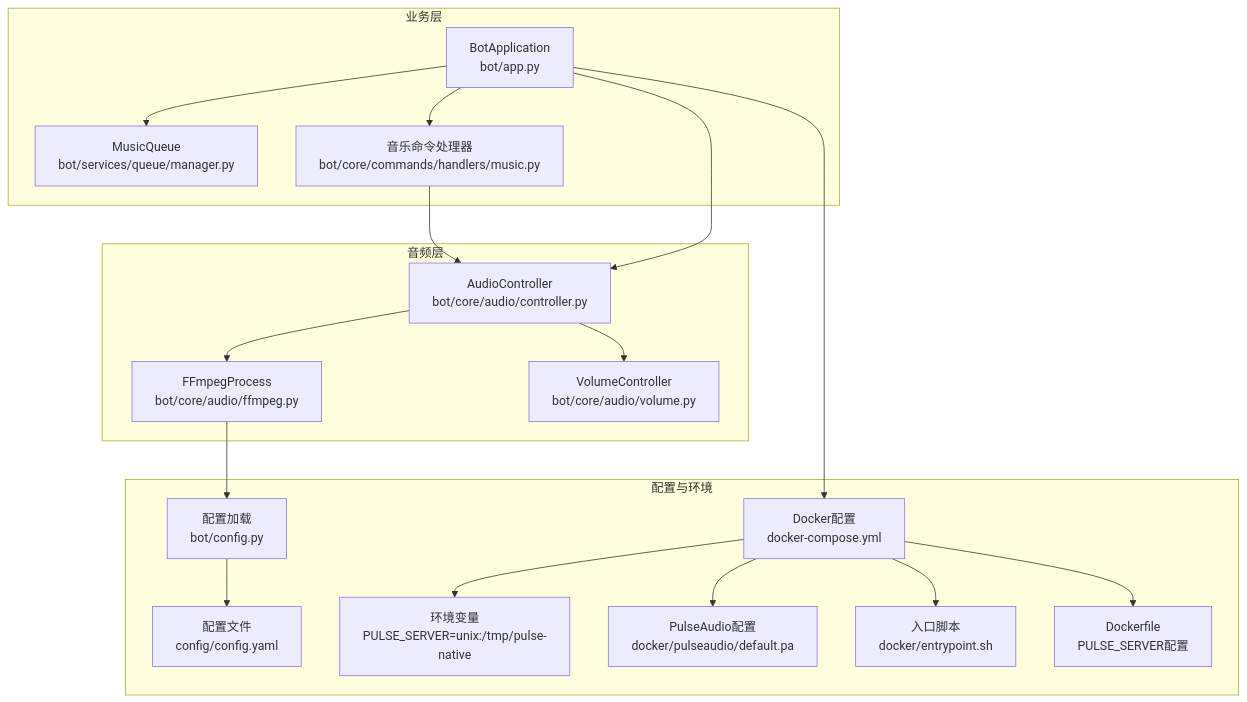
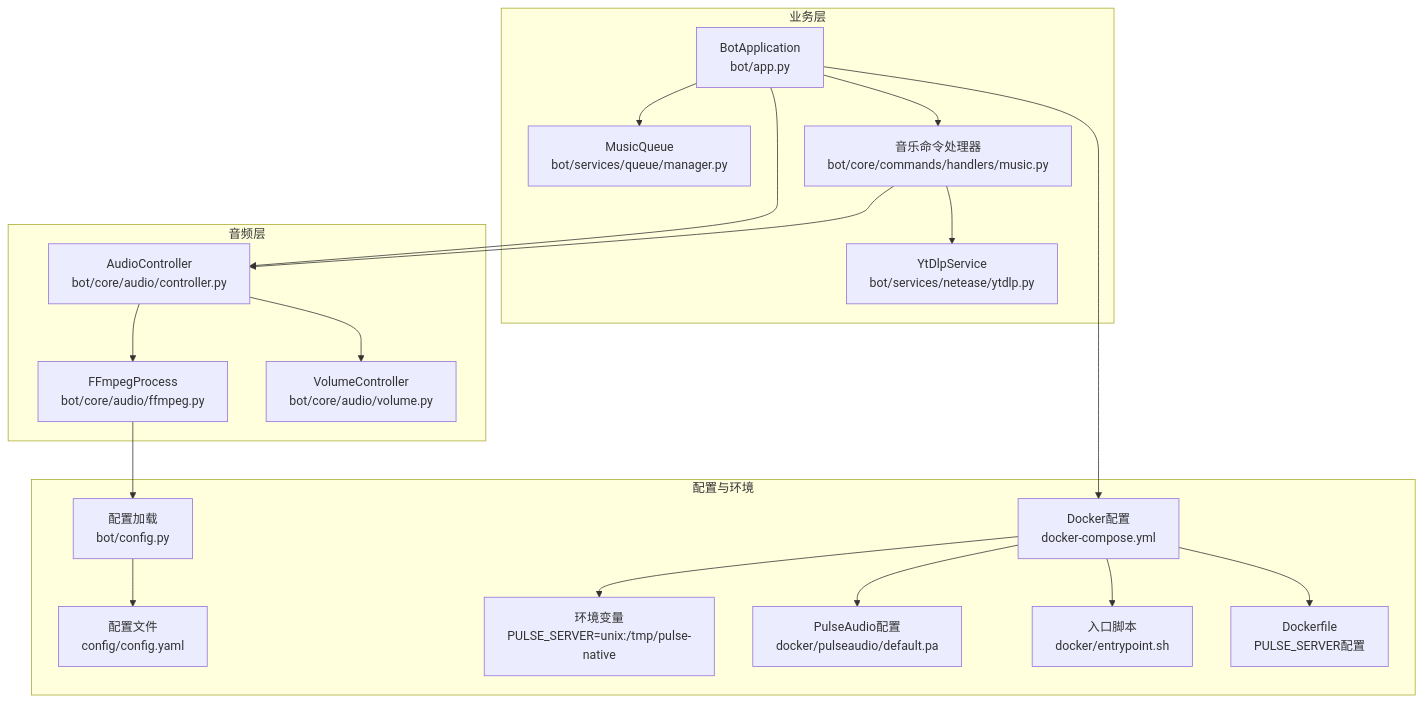
One commit to GhoulOwl/Teamspeak3_Bot changed the first of 7 diagrams in .qoder/repowiki/zh/content/音乐播放系统/FFmpeg集成.md. Above: the diagram before and after it, drawn with Mermaid. The commit also changed other lines of this file and 5 other files, not shown here.

````diff
--- a/.qoder/repowiki/zh/content/音乐播放系统/FFmpeg集成.md
+++ b/.qoder/repowiki/zh/content/音乐播放系统/FFmpeg集成.md
@@ -58,35 +62,37 @@
 ```mermaid
 graph TB
 subgraph "音频层"
 FF["FFmpegProcess<br/>bot/core/audio/ffmpeg.py"]
 AC["AudioController<br/>bot/core/audio/controller.py"]
 VC["VolumeController<br/>bot/core/audio/volume.py"]
 end
 subgraph "业务层"
 MQ["MusicQueue<br/>bot/services/queue/manager.py"]
 CMD["音乐命令处理器<br/>bot/core/commands/handlers/music.py"]
 APP["BotApplication<br/>bot/app.py"]
+YT["YtDlpService<br/>bot/services/netease/ytdlp.py"]
 end
 subgraph "配置与环境"
 CFG["配置加载<br/>bot/config.py"]
 YAML["配置文件<br/>config/config.yaml"]
 DC["Docker配置<br/>docker-compose.yml"]
 ENV["环境变量<br/>PULSE_SERVER=unix:/tmp/pulse-native"]
 PA["PulseAudio配置<br/>docker/pulseaudio/default.pa"]
 END["入口脚本<br/>docker/entrypoint.sh"]
 DF["Dockerfile<br/>PULSE_SERVER配置"]
 end
 CMD --> AC
 AC --> FF
 AC --> VC
 APP --> AC
 APP --> MQ
 APP --> CMD
 FF --> CFG
 CFG --> YAML
 APP --> DC
 DC --> ENV
 DC --> PA
 DC --> END
 DC --> DF
+CMD --> YT
 ```
````
